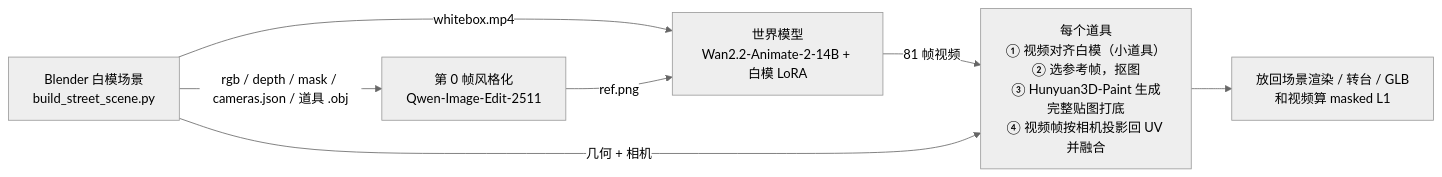
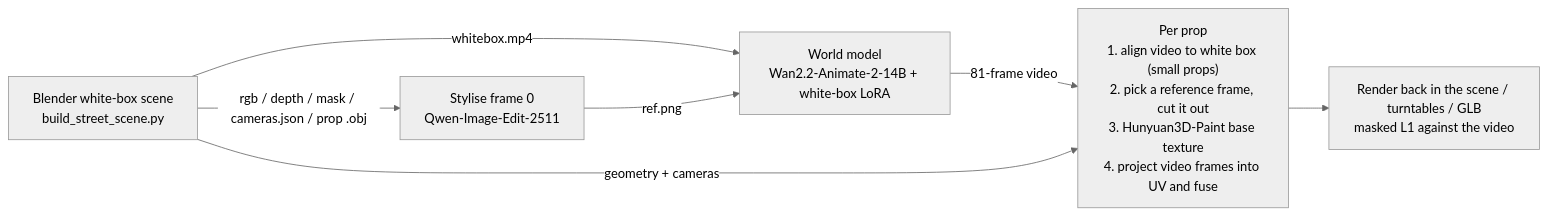
The diagram in README.md (TeaWhiteBro/whitebox2texture), drawn with Mermaid (neutral theme) before and after one commit. The commit also changed other lines of this file and 13 other files, not shown here.

````diff
--- a/README.md
+++ b/README.md
@@ -28,9 +28,9 @@
 ```mermaid
 flowchart LR
-  A["Blender 白模场景<br/>build_street_scene.py"] -->|rgb / depth / mask / cameras.json / 道具 .obj| B["第 0 帧风格化<br/>Qwen-Image-Edit-2511"]
-  A -->|whitebox.mp4| C["世界模型<br/>Wan2.2-Animate-2-14B + 白模 LoRA"]
+  A["Blender white-box scene<br/>build_street_scene.py"] -->|rgb / depth / mask / cameras.json / prop .obj| B["Stylise frame 0<br/>Qwen-Image-Edit-2511"]
+  A -->|whitebox.mp4| C["World model<br/>Wan2.2-Animate-2-14B + white-box LoRA"]
   B -->|ref.png| C
-  C -->|81 帧视频| D["每个道具<br/>① 视频对齐白模（小道具）<br/>② 选参考帧，抠图<br/>③ Hunyuan3D-Paint 生成完整贴图打底<br/>④ 视频帧按相机投影回 UV 并融合"]
-  A -->|几何 + 相机| D
-  D --> E["放回场景渲染 / 转台 / GLB<br/>和视频算 masked L1"]
+  C -->|81-frame video| D["Per prop<br/>1. align video to white box (small props)<br/>2. pick a reference frame, cut it out<br/>3. Hunyuan3D-Paint base texture<br/>4. project video frames into UV and fuse"]
+  A -->|geometry + cameras| D
+  D --> E["Render back in the scene / turntables / GLB<br/>masked L1 against the video"]
 ```
````
